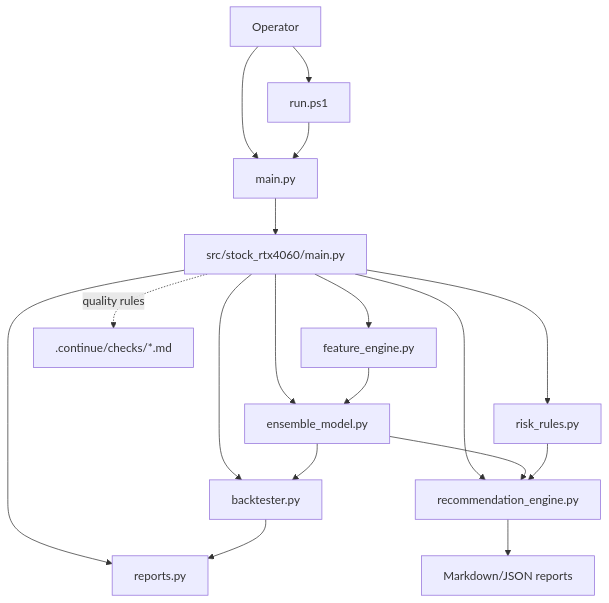
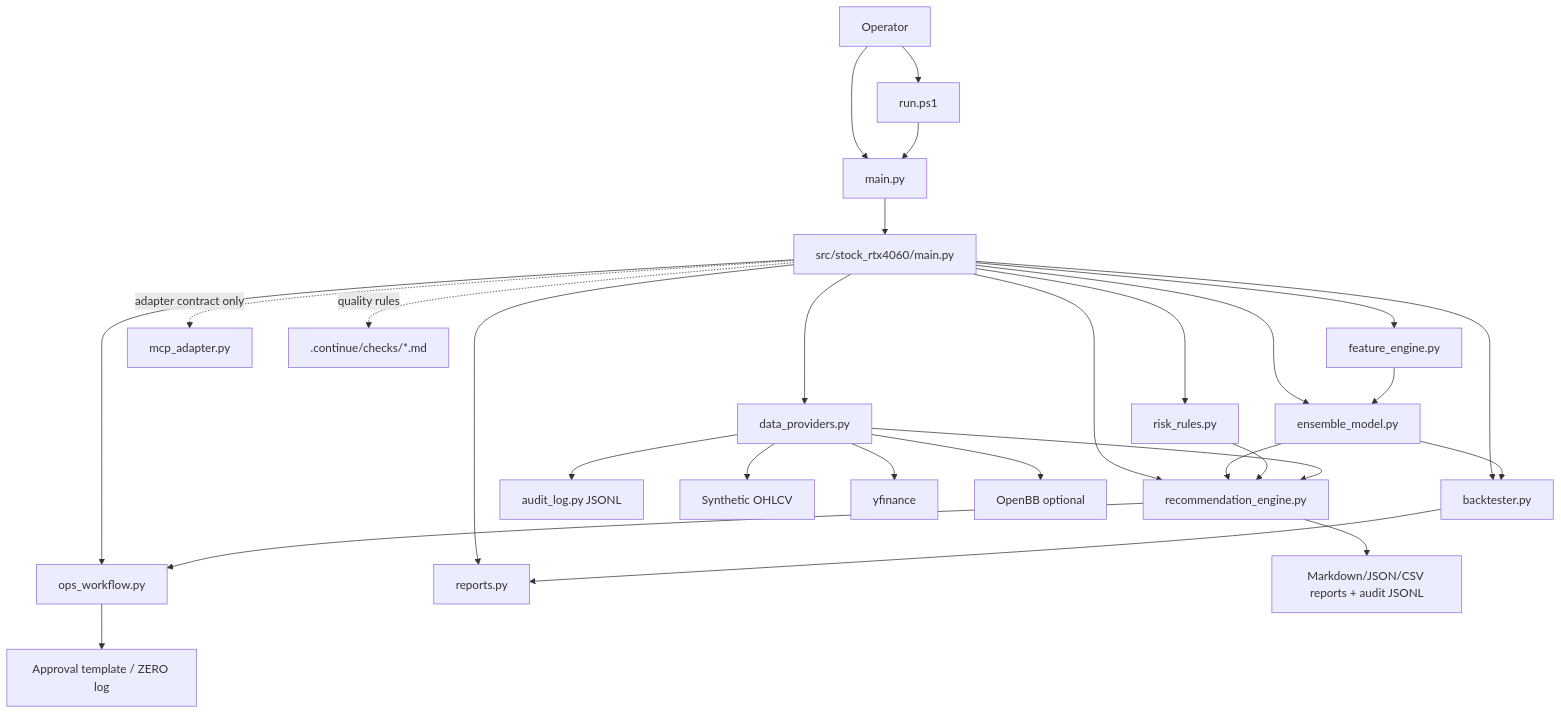
Before and after one commit to macho715/stock_hermes: the first of 2 diagrams in docs/SYSTEM_ARCHITECTURE.md, drawn with Mermaid. The commit also changed other lines of this file and 47 other files, not shown here.

Commit message:
Add OpenBB provider audit workflow docs

````diff
--- a/docs/SYSTEM_ARCHITECTURE.md
+++ b/docs/SYSTEM_ARCHITECTURE.md
@@ -9,20 +9,30 @@
 ```mermaid
 flowchart TD
     User[Operator] --> Runner[run.ps1]
     User --> RootMain[main.py]
     Runner --> RootMain
     RootMain --> CLI[src/stock_rtx4060/main.py]
     CLI --> Feature[feature_engine.py]
     CLI --> Model[ensemble_model.py]
     CLI --> Backtest[backtester.py]
     CLI --> Risk[risk_rules.py]
     CLI --> Recommend[recommendation_engine.py]
+    CLI --> Ops[ops_workflow.py]
     CLI --> Reports[reports.py]
+    CLI --> Provider[data_providers.py]
+    CLI -. adapter contract only .-> MCP[mcp_adapter.py]
     CLI -. quality rules .-> Continue[.continue/checks/*.md]
+    Provider --> Audit[audit_log.py JSONL]
+    Provider --> Synthetic[Synthetic OHLCV]
+    Provider --> YFinance[yfinance]
+    Provider --> OpenBB[OpenBB optional]
     Feature --> Model
     Model --> Backtest
     Model --> Recommend
     Risk --> Recommend
+    Provider --> Recommend
+    Recommend --> Ops
     Backtest --> Reports
-    Recommend --> Output[Markdown/JSON reports]
+    Recommend --> Output[Markdown/JSON/CSV reports + audit JSONL]
+    Ops --> Approval[Approval template / ZERO log]
 ```
````
